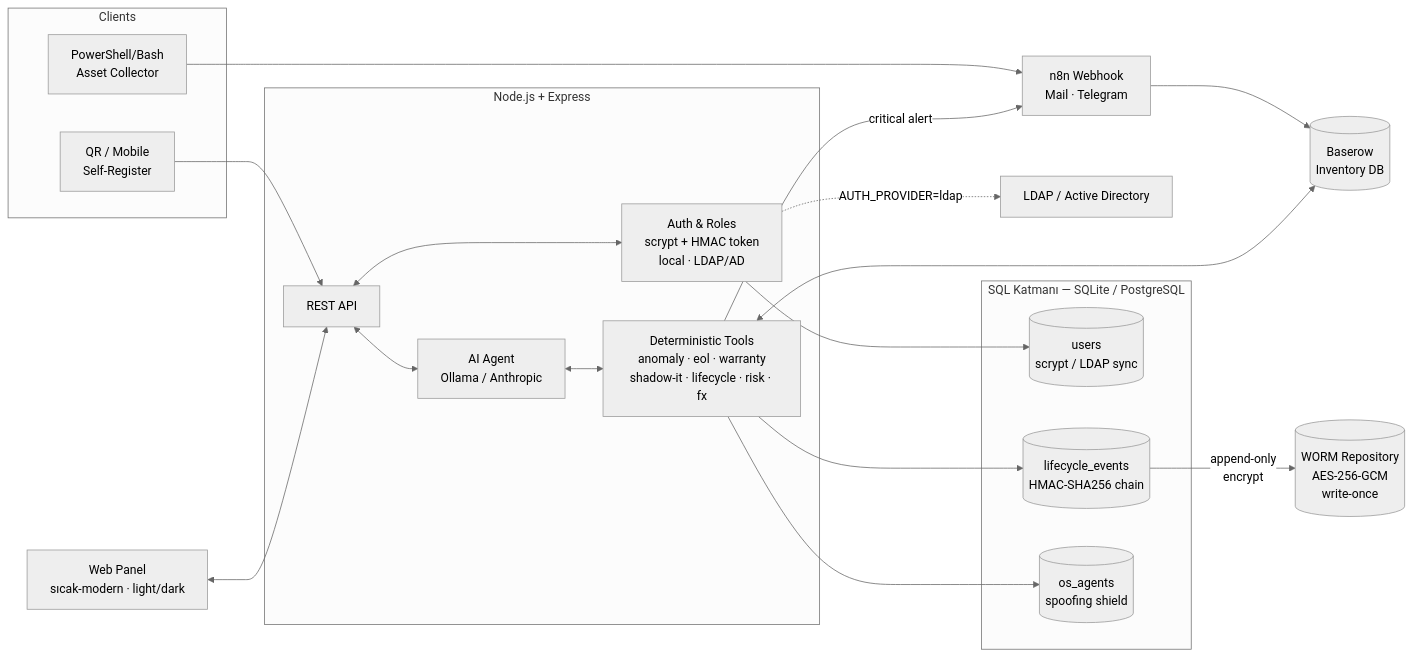
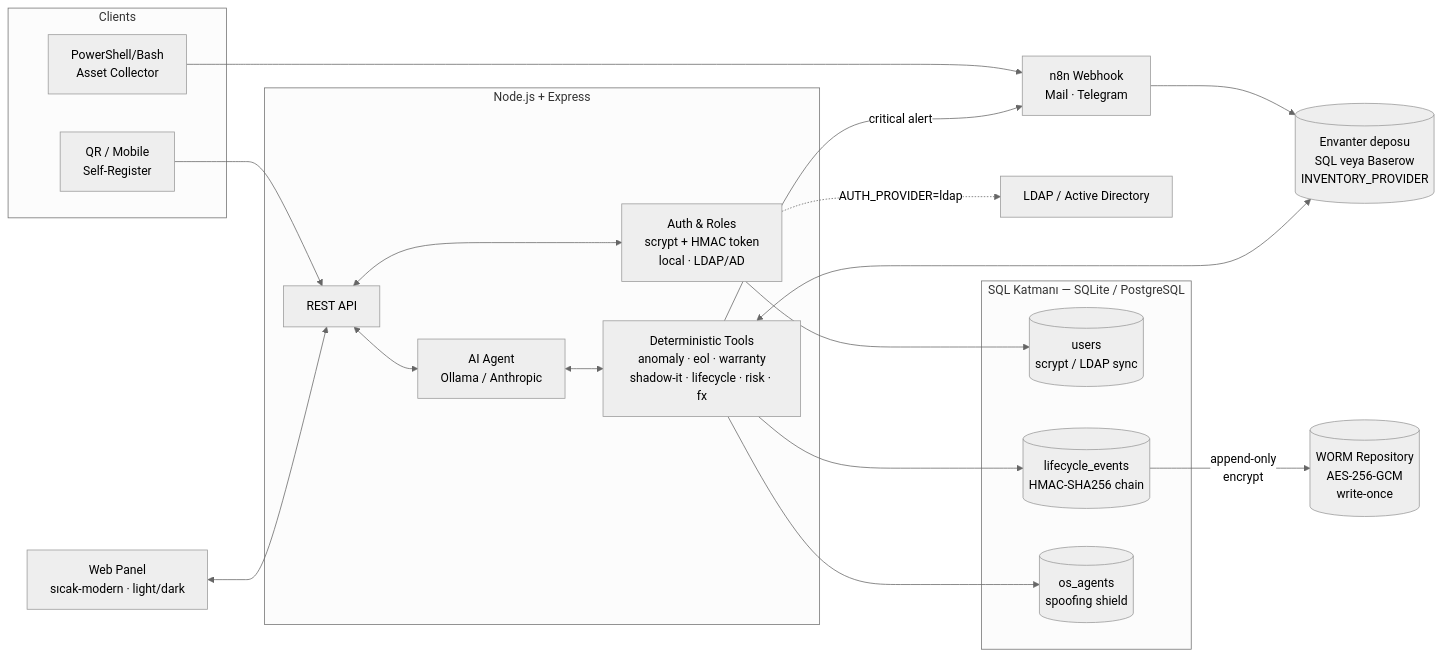
One commit to alpercevizz/asset-management changed the diagram in README.md. Above: the diagram before and after it, drawn with Mermaid (neutral theme). The commit also changed other lines of this file and 1 other file, not shown here.

````diff
--- a/README.md
+++ b/README.md
@@ -89,40 +89,40 @@
 ```mermaid
 flowchart LR
     subgraph Clients
       PS[PowerShell/Bash<br/>Asset Collector]
       QR[QR / Mobile<br/>Self-Register]
     end
 
     subgraph Server[Node.js + Express]
       API[REST API]
       AI[AI Agent<br/>Ollama / Anthropic]
       DET[Deterministic Tools<br/>anomaly · eol · warranty<br/>shadow-it · lifecycle · risk · fx]
       AUTH[Auth & Roles<br/>scrypt + HMAC token<br/>local · LDAP/AD]
     end
 
     subgraph SQL[SQL Katmanı — SQLite / PostgreSQL]
       USERS[(users<br/>scrypt / LDAP sync)]
       LOG[(lifecycle_events<br/>HMAC-SHA256 chain)]
       AGENT[(os_agents<br/>spoofing shield)]
     end
 
     WORM[(WORM Repository<br/>AES-256-GCM<br/>write-once)]
     LDAP[LDAP / Active Directory]
-    BR[(Baserow<br/>Inventory DB)]
+    BR[(Envanter deposu<br/>SQL veya Baserow<br/>INVENTORY_PROVIDER)]
     N8N[n8n Webhook<br/>Mail · Telegram]
     UI[Web Panel<br/>sıcak-modern · light/dark]
 
     PS --> N8N --> BR
     QR --> API
     UI <--> API
     API <--> AI
     AI <--> DET
     DET <--> BR
     DET --> LOG
     LOG -->|append-only<br/>encrypt| WORM
     API <--> AUTH
     AUTH --> USERS
     AUTH -.->|AUTH_PROVIDER=ldap| LDAP
     DET --> AGENT
     DET -->|critical alert| N8N
 ```
````
